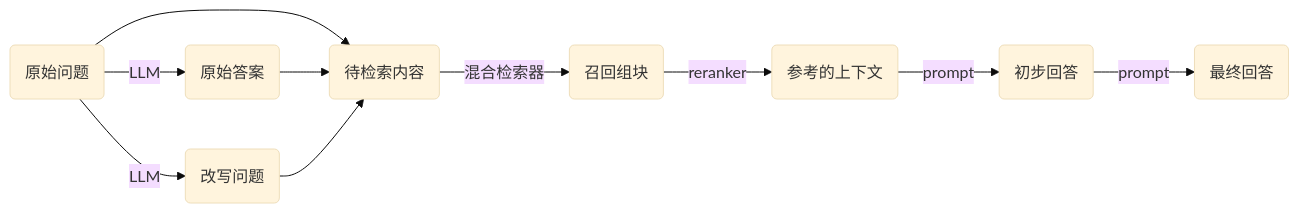
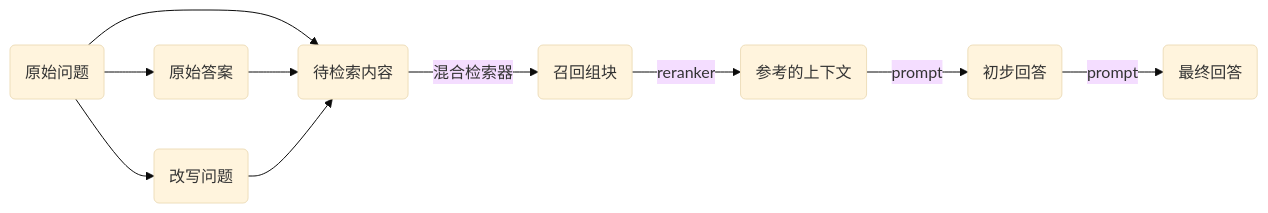
The second of 4 diagrams in README.md (wuzhongyanqiu/InternLM-Review-Assistant), drawn with Mermaid (base theme) before and after one commit. The commit also changed other lines of this file and 8 other files, not shown here.

````diff
--- a/README.md
+++ b/README.md
@@ -228,12 +237,12 @@
 ```mermaid
 graph LR
-    A(原始问题) -- LLM --> B(原始答案)
-    A(原始问题) -- LLM --> C(改写问题)
+    A(原始问题) --> B(原始答案)
+    A(原始问题) --> C(改写问题)
     A(原始问题) --> D(待检索内容)
     B(原始答案) --> D(待检索内容)
     C(改写问题) --> D(待检索内容)
     D(待检索内容) -- 混合检索器 --> E(召回组块)
     E(召回组块) -- reranker --> F(参考的上下文)
     F(参考的上下文) -- prompt --> G(初步回答)
     G(初步回答) -- prompt --> H(最终回答)
 ```
````
